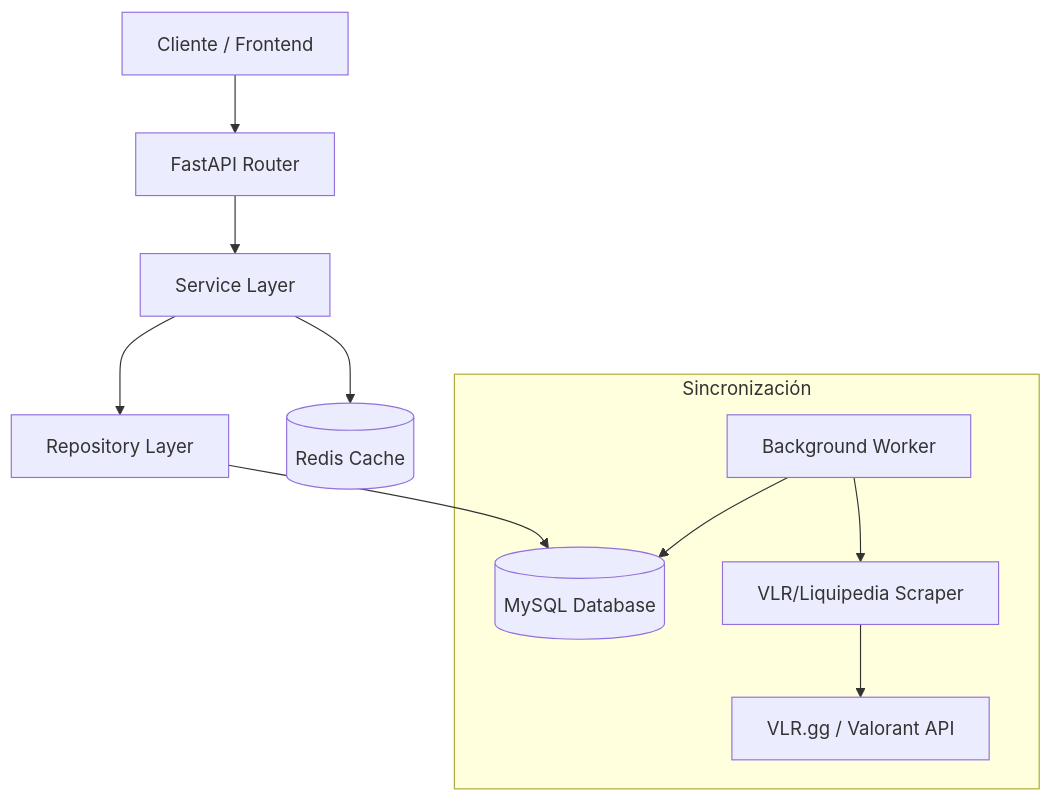
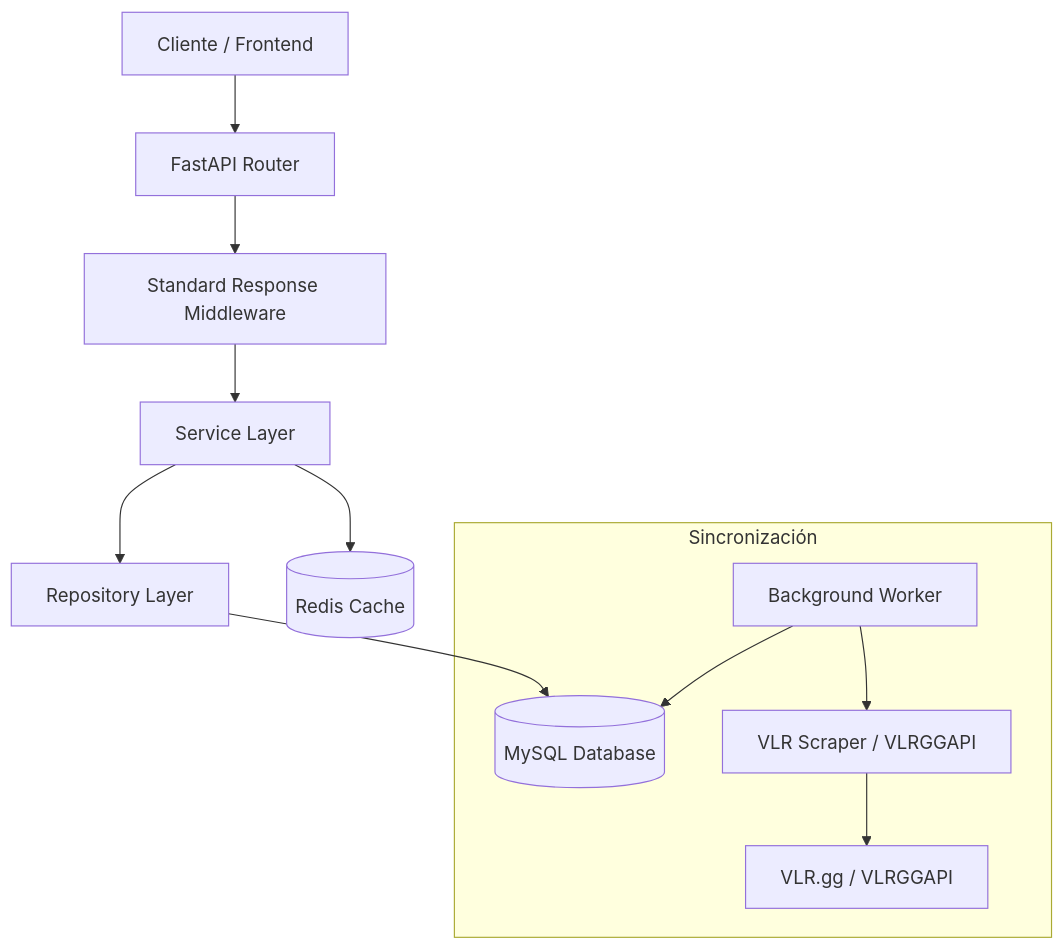
One commit to Joakamakaka1/Valorant-Fantasy changed the diagram in Backend/README.md. Above: the diagram before and after it, drawn with Mermaid. The commit also changed other lines of this file and 15 other files, not shown here.

````diff
--- a/Backend/README.md
+++ b/Backend/README.md
@@ -11,14 +11,15 @@
 ```mermaid
 graph TD
     Client[Cliente / Frontend] --> API[FastAPI Router]
-    API --> Service[Service Layer]
+    API --> Middleware[Standard Response Middleware]
+    Middleware --> Service[Service Layer]
     Service --> Redis[(Redis Cache)]
     Service --> Repo[Repository Layer]
     Repo --> DB[(MySQL Database)]
 
     subgraph "Sincronización"
-        Worker[Background Worker] --> Scraper[VLR/Liquipedia Scraper]
-        Scraper --> External[VLR.gg / Valorant API]
+        Worker[Background Worker] --> Scraper[VLR Scraper / VLRGGAPI]
+        Scraper --> External[VLR.gg / VLRGGAPI]
         Worker --> DB
     end
 ```
````
